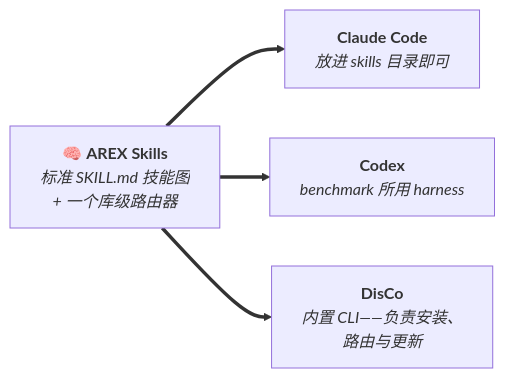
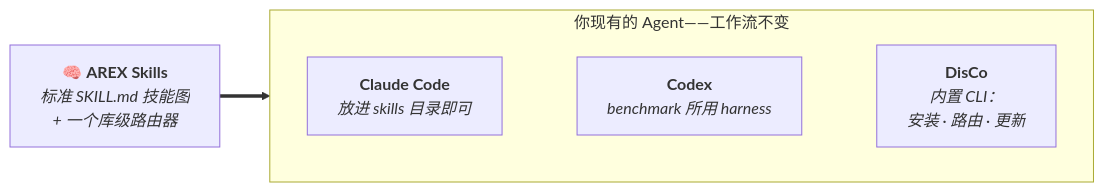
Before and after one commit to Lolo1222/AREX-Skill: the fourth of 5 diagrams in README.zh-CN.md, drawn with Mermaid. The commit also changed other lines of this file and 1 other file, not shown here.

First line of the commit message:
docs: rework hero and paradigm figures, plain-language benchmark copy

````diff
--- a/README.zh-CN.md
+++ b/README.zh-CN.md
@@ -143,7 +153,8 @@
 ```mermaid
 flowchart LR
-    S["🧠 <b>AREX Skills</b><br><i>标准 SKILL.md 技能图<br>+ 一个库级路由器</i>"]
-    S ==> A["<b>Claude Code</b><br><i>放进 skills 目录即可</i>"]
-    S ==> B["<b>Codex</b><br><i>benchmark 所用 harness</i>"]
-    S ==> C["<b>DisCo</b><br><i>内置 CLI——负责安装、<br>路由与更新</i>"]
+    S["🧠 <b>AREX Skills</b><br><i>标准 SKILL.md 技能图<br>+ 一个库级路由器</i>"] ==> G
+    subgraph G["你现有的 Agent——工作流不变"]
+        direction LR
+        A["<b>Claude Code</b><br><i>放进 skills 目录即可</i>"] ~~~ B["<b>Codex</b><br><i>benchmark 所用 harness</i>"] ~~~ C["<b>DisCo</b><br><i>内置 CLI：<br>安装 · 路由 · 更新</i>"]
+    end
 ```
````
